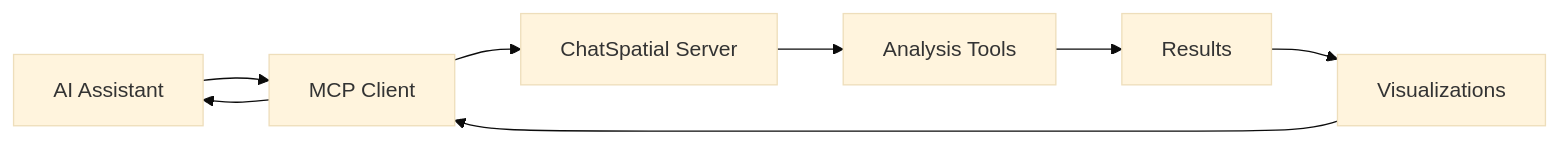
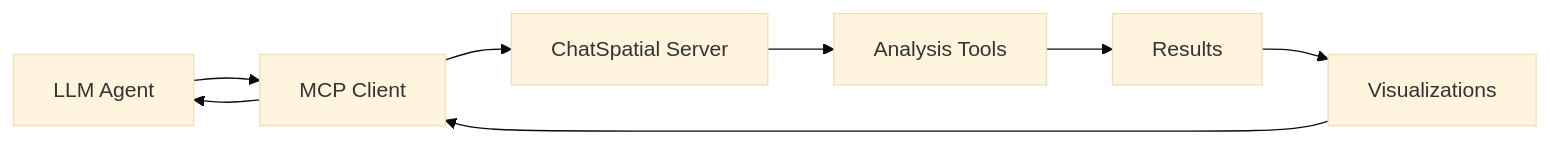
The diagram in docs/index.md (cafferychen777/ChatSpatial), drawn with Mermaid (base theme) before and after one commit. The commit also changed other lines of this file and 2 other files, not shown here.

First line of the commit message:
Update terminology from AI to modern LLM/Agent concepts

````diff
--- a/docs/index.md
+++ b/docs/index.md
@@ -123,10 +123,10 @@
 ```mermaid
 graph LR
-    A[AI Assistant] --> B[MCP Client]
+    A[LLM Agent] --> B[MCP Client]
     B --> C[ChatSpatial Server]
     C --> D[Analysis Tools]
     D --> E[Results]
     E --> F[Visualizations]
     F --> B
     B --> A
 ```
````
